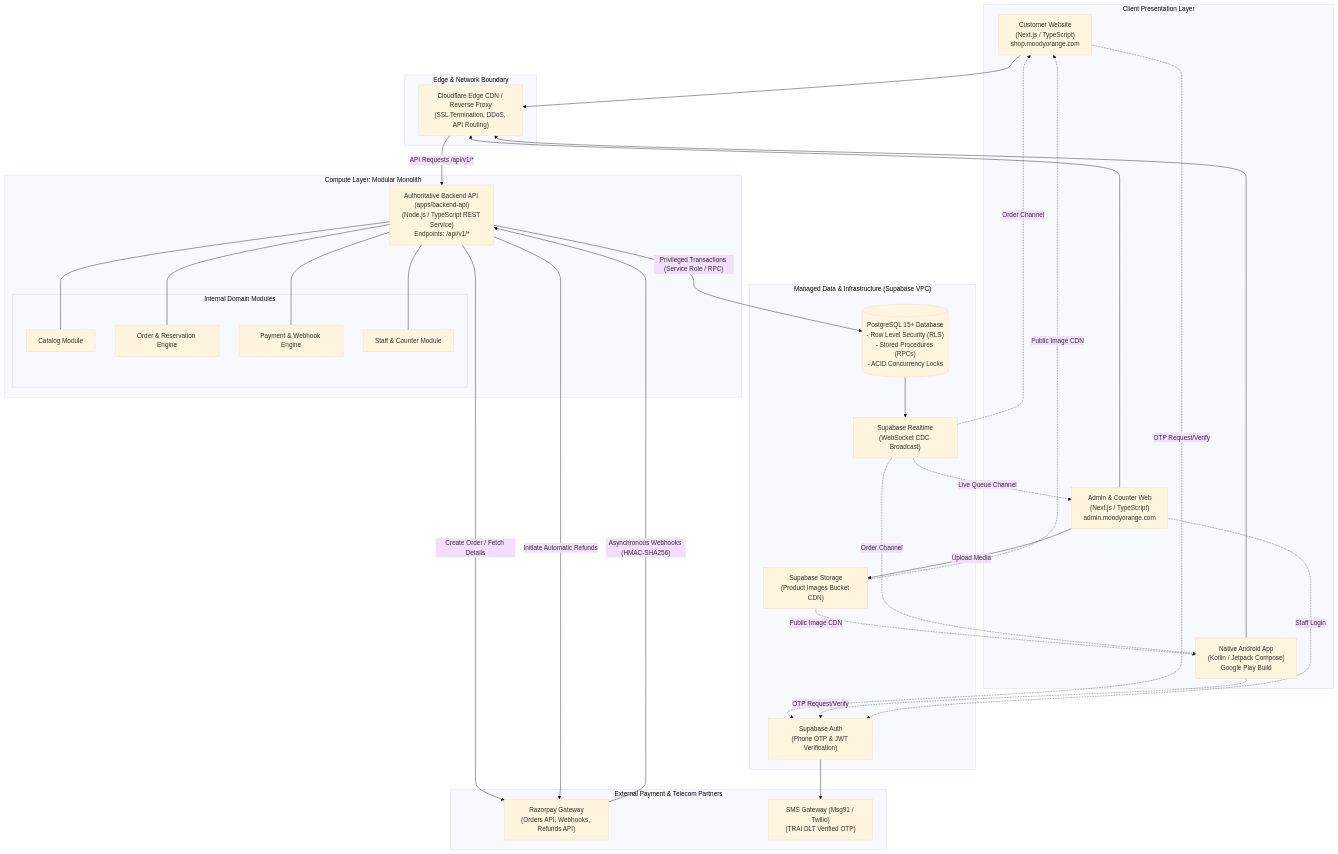
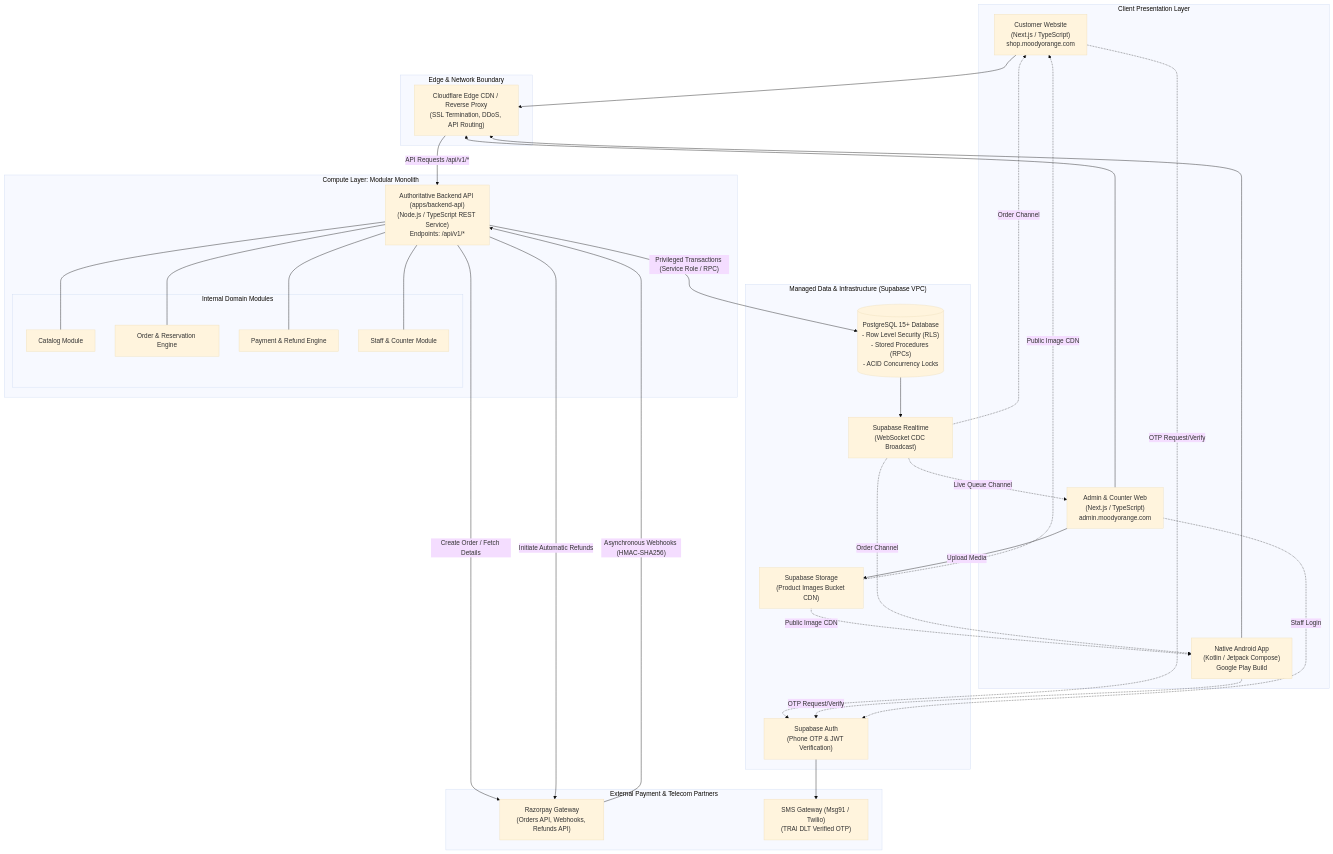
The first of 5 diagrams in docs/phase-0/SYSTEM_ARCHITECTURE.md (AbhinavKumar36/orange), drawn with Mermaid (base theme) before and after one commit. The commit also changed other lines of this file and 9 other files, not shown here.

Commit message:
docs(phase-0.2): final consistency review: inventory accounting, multi-product deadlock safety, evidence-based refunds, and 10-phase roadmap

````diff
--- a/docs/phase-0/SYSTEM_ARCHITECTURE.md
+++ b/docs/phase-0/SYSTEM_ARCHITECTURE.md
@@ -85,66 +68,66 @@
 ```mermaid
 graph TB
     subgraph "Client Presentation Layer"
         CW["Customer Website<br/>(Next.js / TypeScript)<br/>shop.moodyorange.com"]
         AA["Native Android App<br/>(Kotlin / Jetpack Compose)<br/>Google Play Build"]
         AW["Admin & Counter Web<br/>(Next.js / TypeScript)<br/>admin.moodyorange.com"]
     end
 
     subgraph "Edge & Network Boundary"
         CDN["Cloudflare Edge CDN / Reverse Proxy<br/>(SSL Termination, DDoS, API Routing)"]
     end
 
     subgraph "Compute Layer: Modular Monolith"
         API["Authoritative Backend API (apps/backend-api)<br/>(Node.js / TypeScript REST Service)<br/>Endpoints: /api/v1/*"]
         
         subgraph "Internal Domain Modules"
             MOD_CAT["Catalog Module"]
             MOD_ORD["Order & Reservation Engine"]
-            MOD_PAY["Payment & Webhook Engine"]
+            MOD_PAY["Payment & Refund Engine"]
             MOD_STF["Staff & Counter Module"]
         end
         API --- MOD_CAT
         API --- MOD_ORD
         API --- MOD_PAY
         API --- MOD_STF
     end
 
     subgraph "Managed Data & Infrastructure (Supabase VPC)"
         AUTH["Supabase Auth<br/>(Phone OTP & JWT Verification)"]
         RT["Supabase Realtime<br/>(WebSocket CDC Broadcast)"]
         ST["Supabase Storage<br/>(Product Images Bucket CDN)"]
         PG[("PostgreSQL 15+ Database<br/>- Row Level Security (RLS)<br/>- Stored Procedures (RPCs)<br/>- ACID Concurrency Locks")]
     end
 
     subgraph "External Payment & Telecom Partners"
         RP["Razorpay Gateway<br/>(Orders API, Webhooks, Refunds API)"]
         SMS["SMS Gateway (Msg91 / Twilio)<br/>(TRAI DLT Verified OTP)"]
     end
 
     %% Client traffic
     CW --> CDN
     AA --> CDN
     AW --> CDN
     CDN -->|"API Requests /api/v1/*"| API
 
     %% Auth Flows
     CW -.->|"OTP Request/Verify"| AUTH
     AA -.->|"OTP Request/Verify"| AUTH
     AW -.->|"Staff Login"| AUTH
     AUTH --> SMS
 
     %% Backend to Database & External
     API -->|"Privileged Transactions (Service Role / RPC)"| PG
     API -->|"Create Order / Fetch Details"| RP
     API -->|"Initiate Automatic Refunds"| RP
     RP -->|"Asynchronous Webhooks (HMAC-SHA256)"| API
 
     %% Storage & Realtime
     AW -->|"Upload Media"| ST
     ST -.->|"Public Image CDN"| CW
     ST -.->|"Public Image CDN"| AA
     PG --> RT
     RT -.->|"Order Channel"| CW
     RT -.->|"Order Channel"| AA
     RT -.->|"Live Queue Channel"| AW
 ```
````
